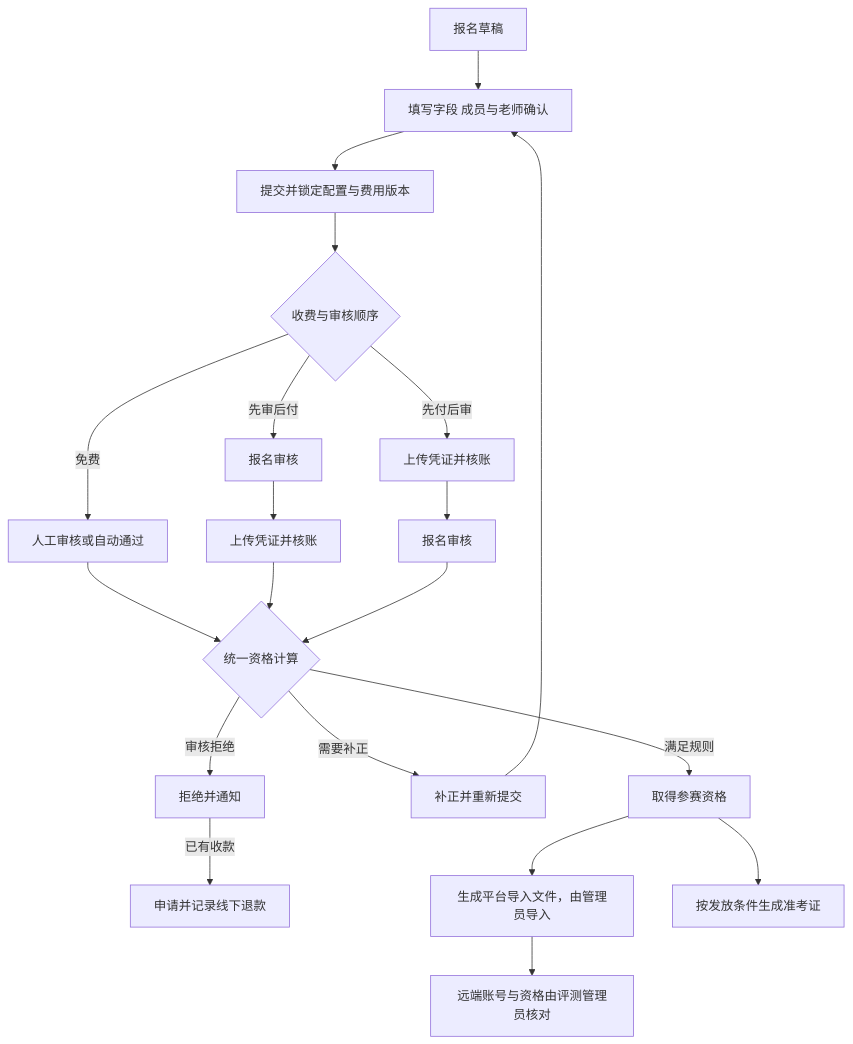
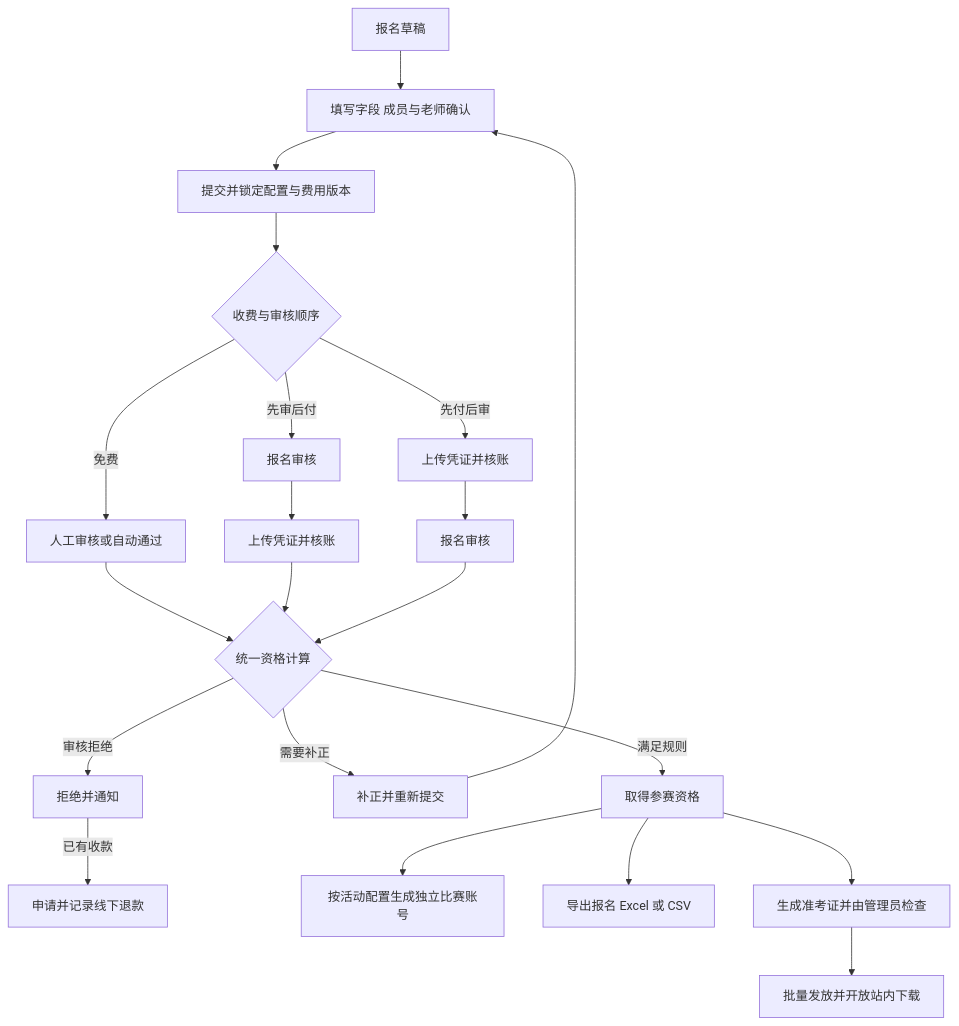
Before and after one commit to Albert-Li-Sz/NXOPA-RegSYS: the third of 3 diagrams in docs/ARCHITECTURE.md, drawn with Mermaid. The commit also changed other lines of this file and 145 other files, not shown here.

Commit message:
release: v1.0.0 registration exports, competition accounts and admission batches

````diff
--- a/docs/ARCHITECTURE.md
+++ b/docs/ARCHITECTURE.md
@@ -114,22 +101,23 @@
 ```mermaid
 flowchart TD
     Draft[报名草稿] --> Fill[填写字段 成员与老师确认]
     Fill --> Submit[提交并锁定配置与费用版本]
     Submit --> Policy{收费与审核顺序}
     Policy -->|免费| FreeReview[人工审核或自动通过]
     Policy -->|先审后付| ReviewFirst[报名审核]
     ReviewFirst --> PayAfter[上传凭证并核账]
     Policy -->|先付后审| PayFirst[上传凭证并核账]
     PayFirst --> ReviewAfter[报名审核]
     FreeReview --> Eligible{统一资格计算}
     PayAfter --> Eligible
     ReviewAfter --> Eligible
     Eligible -->|满足规则| Ready[取得参赛资格]
     Eligible -->|需要补正| Correct[补正并重新提交]
     Correct --> Fill
     Eligible -->|审核拒绝| Rejected[拒绝并通知]
     Rejected -->|已有收款| Refund[申请并记录线下退款]
-    Ready --> Export[生成平台导入文件，由管理员导入]
-    Ready --> Admission[按发放条件生成准考证]
-    Export --> Manual[远端账号与资格由评测管理员核对]
+    Ready --> Account[按活动配置生成独立比赛账号]
+    Ready --> Export[导出报名 Excel 或 CSV]
+    Ready --> Admission[生成准考证并由管理员检查]
+    Admission --> Release[批量发放并开放站内下载]
 ```
````
